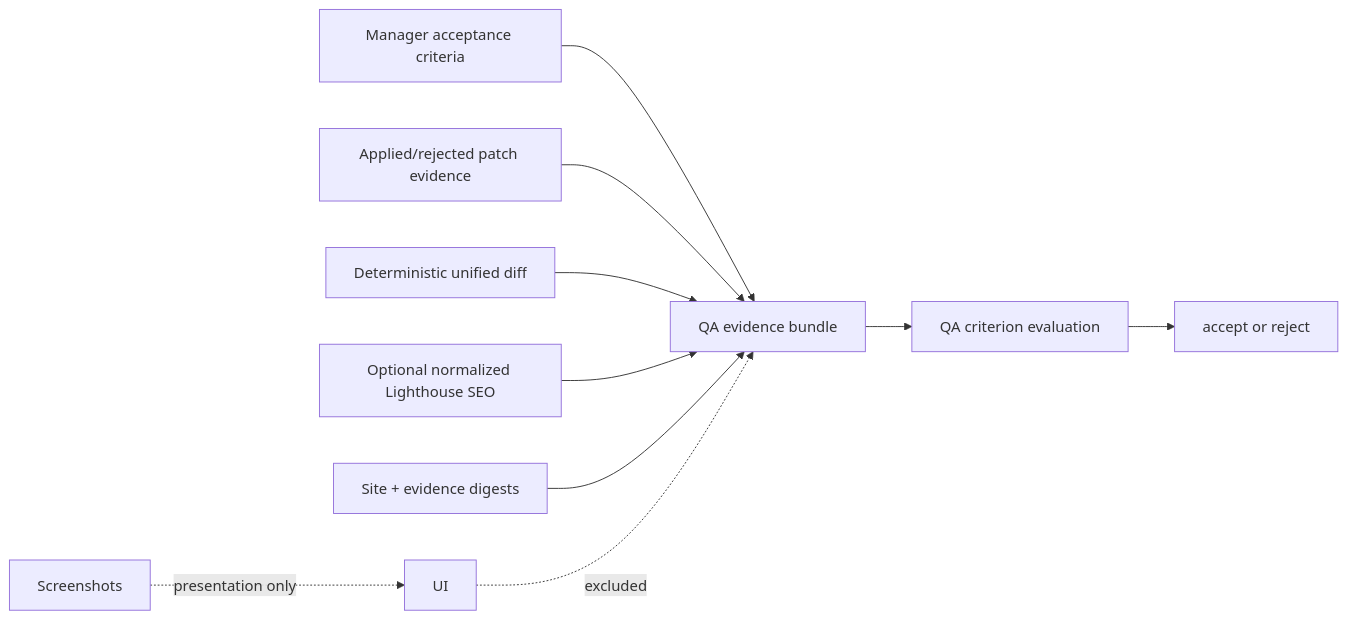
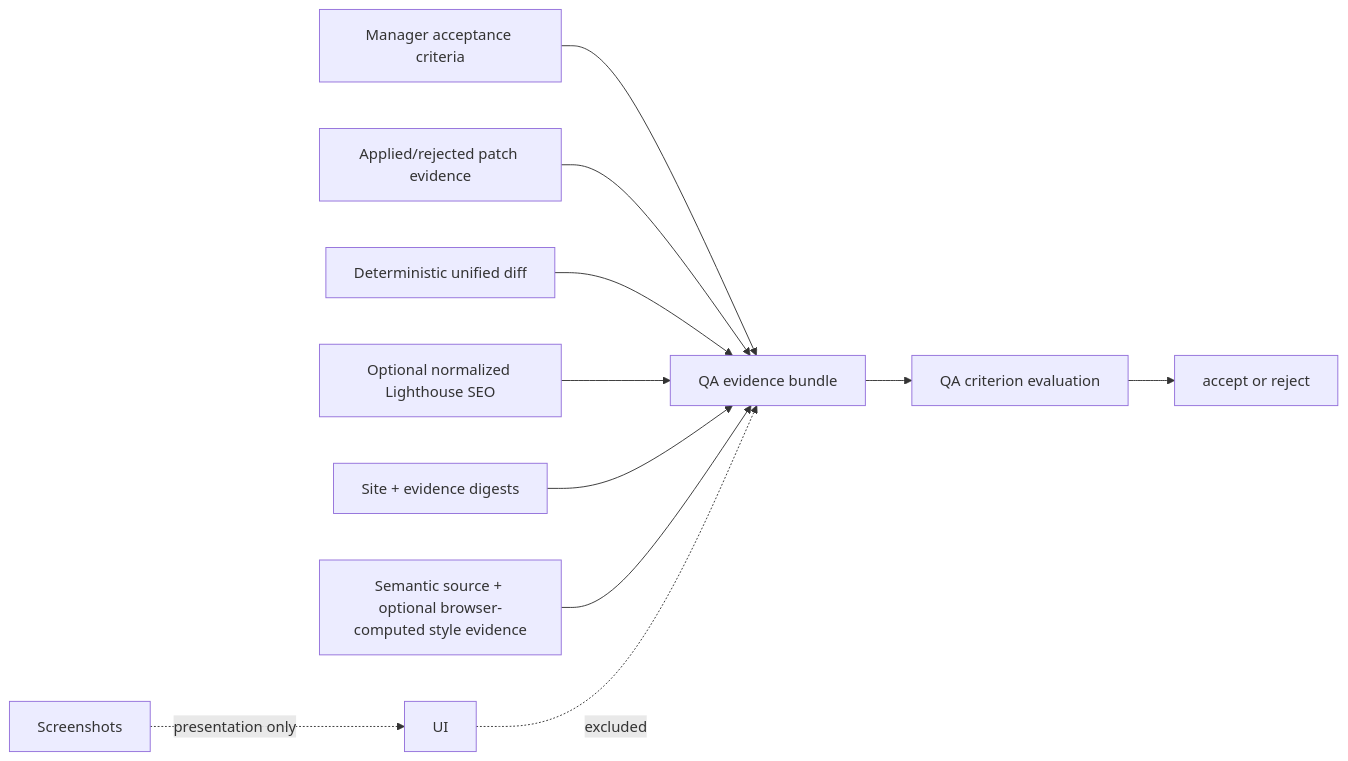
Before and after one commit to NaimurRahmannn/Multi-Agent-Orchestrator: the fifth of 6 diagrams in agentorchestra/docs/architecture.md, drawn with Mermaid. The commit also changed other lines of this file and 32 other files, not shown here.

````diff
--- a/agentorchestra/docs/architecture.md
+++ b/agentorchestra/docs/architecture.md
@@ -113,12 +119,13 @@
 ```mermaid
 flowchart LR
     CRIT[Manager acceptance criteria] --> BUNDLE[QA evidence bundle]
     PATCH[Applied/rejected patch evidence] --> BUNDLE
     DIFF[Deterministic unified diff] --> BUNDLE
     LH[Optional normalized Lighthouse SEO] --> BUNDLE
     DIGEST[Site + evidence digests] --> BUNDLE
+    STYLE[Semantic source + optional browser-computed style evidence] --> BUNDLE
     BUNDLE --> QA[QA criterion evaluation]
     QA --> RESULT[accept or reject]
     SHOT[Screenshots] -. presentation only .-> UI[UI]
     UI -. excluded .-> BUNDLE
 ```
````
